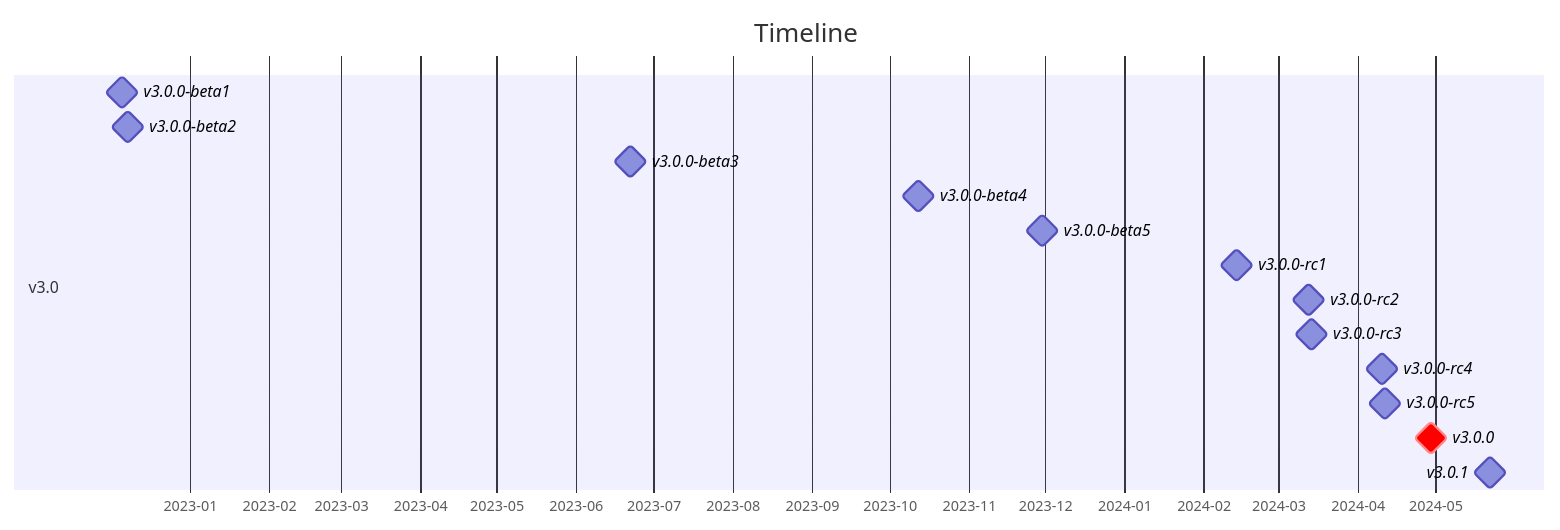
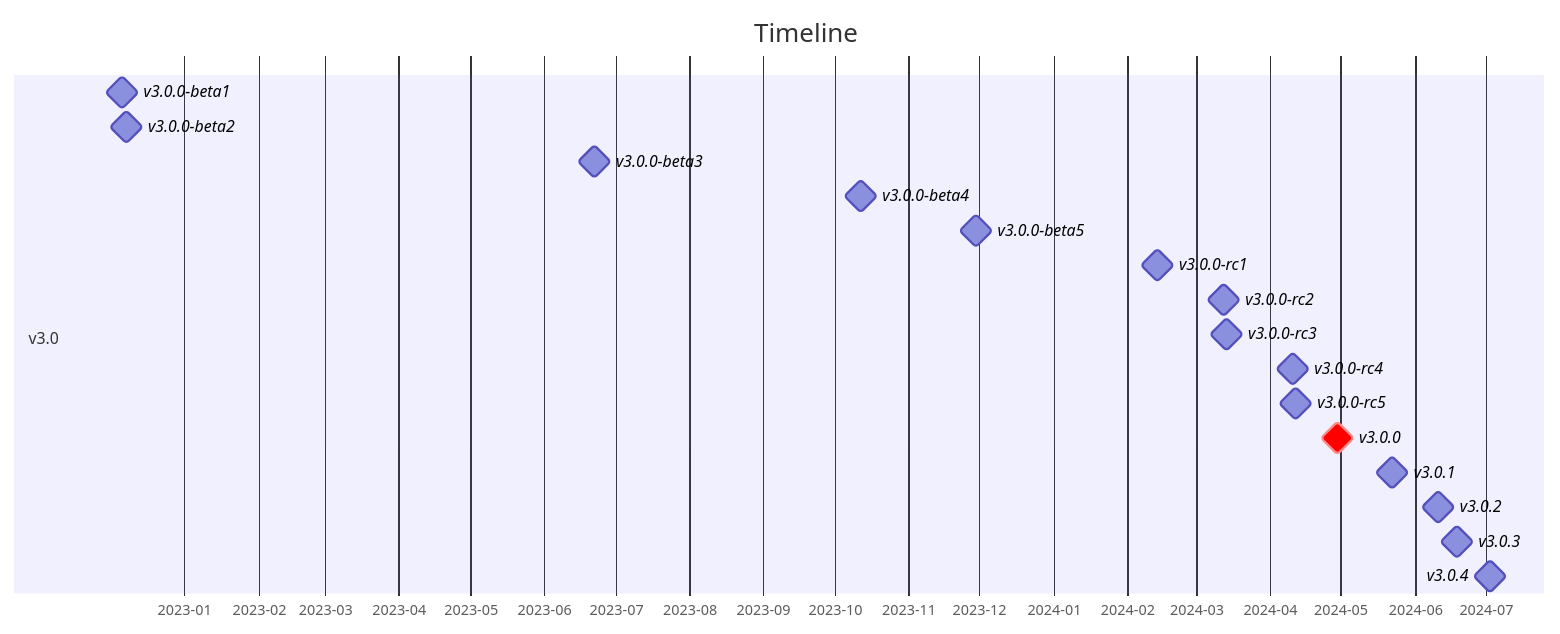
Diagram 22 of 25 in readme.md (traefik-contrib/traefik-history), drawn with Mermaid before and after one commit. The commit also changed other lines of this file and 4 other files, not shown here.

````diff
--- a/readme.md
+++ b/readme.md
@@ -942,21 +951,24 @@
 ```mermaid
 gantt
     title Timeline
     todayMarker off
     tickInterval 1month
     axisFormat %Y-%m
     dateFormat YYYY-MM-DD HH:mm:ss
     section v3.0
         v3.0.0-beta1: milestone, 2022-12-05 16:58:04, 0d
         v3.0.0-beta2: milestone, 2022-12-07 17:26:04, 0d
         v3.0.0-beta3: milestone, 2023-06-22 01:18:05, 0d
         v3.0.0-beta4: milestone, 2023-10-12 09:48:05, 0d
         v3.0.0-beta5: milestone, 2023-11-29 16:08:05, 0d
         v3.0.0-rc1: milestone, 2024-02-13 14:38:03, 0d
         v3.0.0-rc2: milestone, 2024-03-12 15:18:04, 0d
         v3.0.0-rc3: milestone, 2024-03-13 16:46:04, 0d
         v3.0.0-rc4: milestone, 2024-04-10 16:34:03, 0d
         v3.0.0-rc5: milestone, 2024-04-11 18:24:03, 0d
         v3.0.0: crit, milestone, 2024-04-29 16:06:04, 0d
         v3.0.1: milestone, 2024-05-22 15:08:04, 0d
+        v3.0.2: milestone, 2024-06-10 16:34:04, 0d
+        v3.0.3: milestone, 2024-06-18 16:10:06, 0d
+        v3.0.4: milestone, 2024-07-02 15:42:03, 0d
 ```
````
